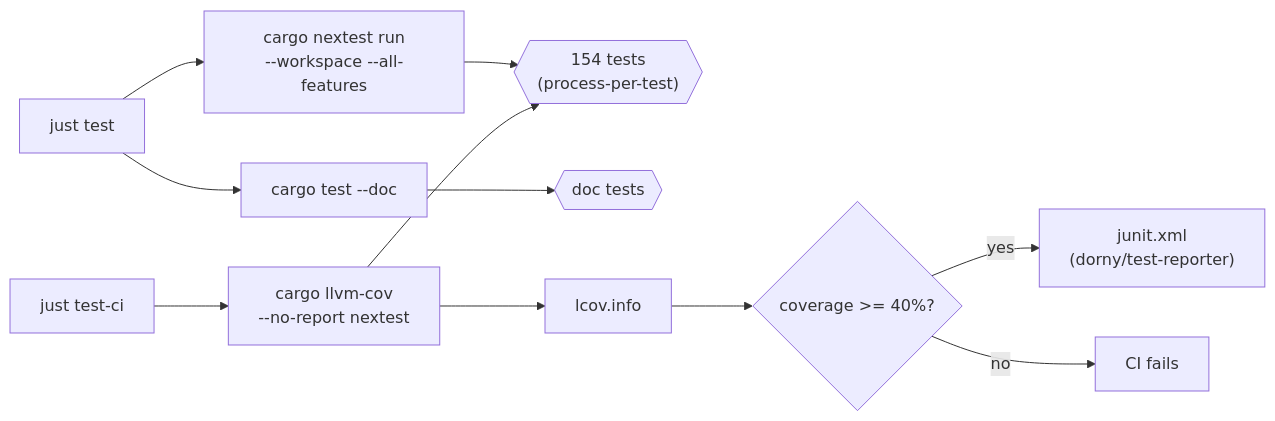
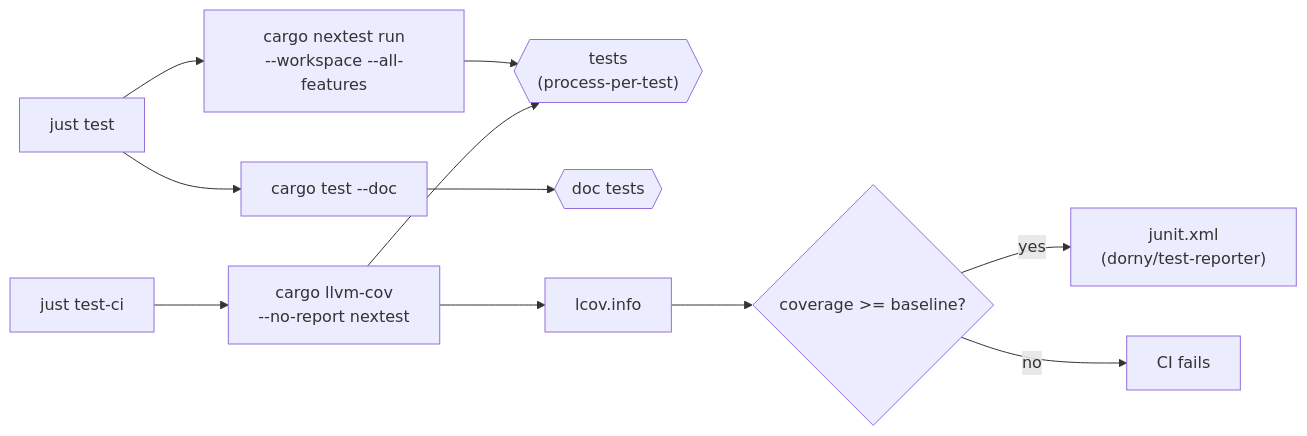
Before and after one commit to TisVlay/TisVlay: the first of 6 diagrams in docs/testing.md, drawn with Mermaid. The commit also changed other lines of this file, not shown here.

Commit message:
docs: remove hardcoded test counts and coverage percentages from testing.md
These values go stale every time tests or coverage change. Point to
just cov and justfile as the source of truth instead.

````diff
--- a/docs/testing.md
+++ b/docs/testing.md
@@ -36,14 +36,14 @@
 ```mermaid
 flowchart LR
     JT["just test"] --> NX["cargo nextest run<br/>--workspace --all-features"]
     JT --> DT["cargo test --doc"]
-    NX --> R{{"154 tests<br/>(process-per-test)"}}
+    NX --> R{{"tests<br/>(process-per-test)"}}
     DT --> D{{"doc tests"}}
 
     JTC["just test-ci"] --> COV["cargo llvm-cov<br/>--no-report nextest"]
     COV --> R
     COV --> LCOV["lcov.info"]
-    LCOV --> RATCHET{"coverage >= 40%?"}
+    LCOV --> RATCHET{"coverage >= baseline?"}
     RATCHET -->|yes| JUNIT["junit.xml<br/>(dorny/test-reporter)"]
     RATCHET -->|no| FAIL["CI fails"]
 ```
````
